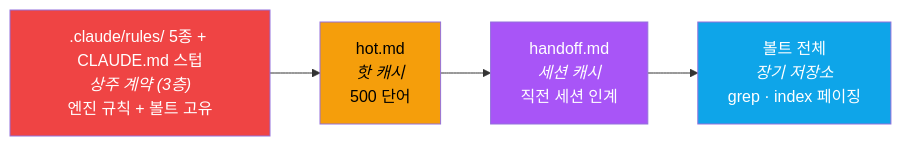
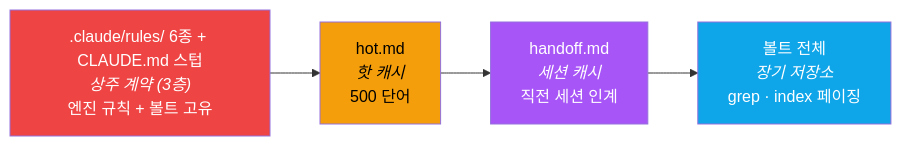
One commit to Technoetic/agentic-vault changed the third of 5 diagrams in README.md. Above: the diagram before and after it, drawn with Mermaid. The commit also changed other lines of this file and 12 other files, not shown here.

````diff
--- a/README.md
+++ b/README.md
@@ -166,11 +171,11 @@
 ```mermaid
 flowchart LR
-    L0[".claude/rules/ 5종 + CLAUDE.md 스텁<br/><i>상주 계약 (3층)</i><br/>엔진 규칙 + 볼트 고유"] --> L1["hot.md<br/><i>핫 캐시</i><br/>500 단어"]
+    L0[".claude/rules/ 6종 + CLAUDE.md 스텁<br/><i>상주 계약 (3층)</i><br/>엔진 규칙 + 볼트 고유"] --> L1["hot.md<br/><i>핫 캐시</i><br/>500 단어"]
     L1 --> L2["handoff.md<br/><i>세션 캐시</i><br/>직전 세션 인계"]
     L2 --> L3["볼트 전체<br/><i>장기 저장소</i><br/>grep · index 페이징"]
 
     style L0 fill:#EF4444,color:#fff
     style L1 fill:#F59E0B,color:#000
     style L2 fill:#A855F7,color:#fff
     style L3 fill:#0EA5E9,color:#fff
 ```
````
